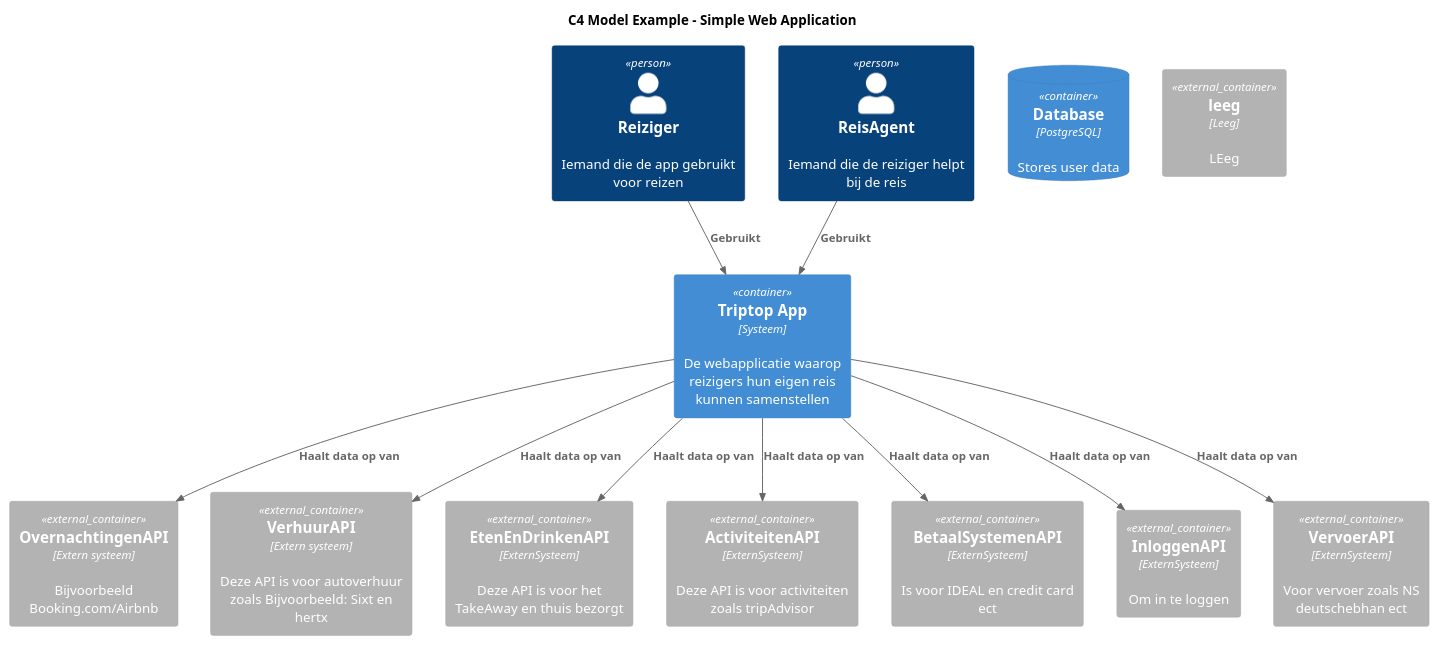
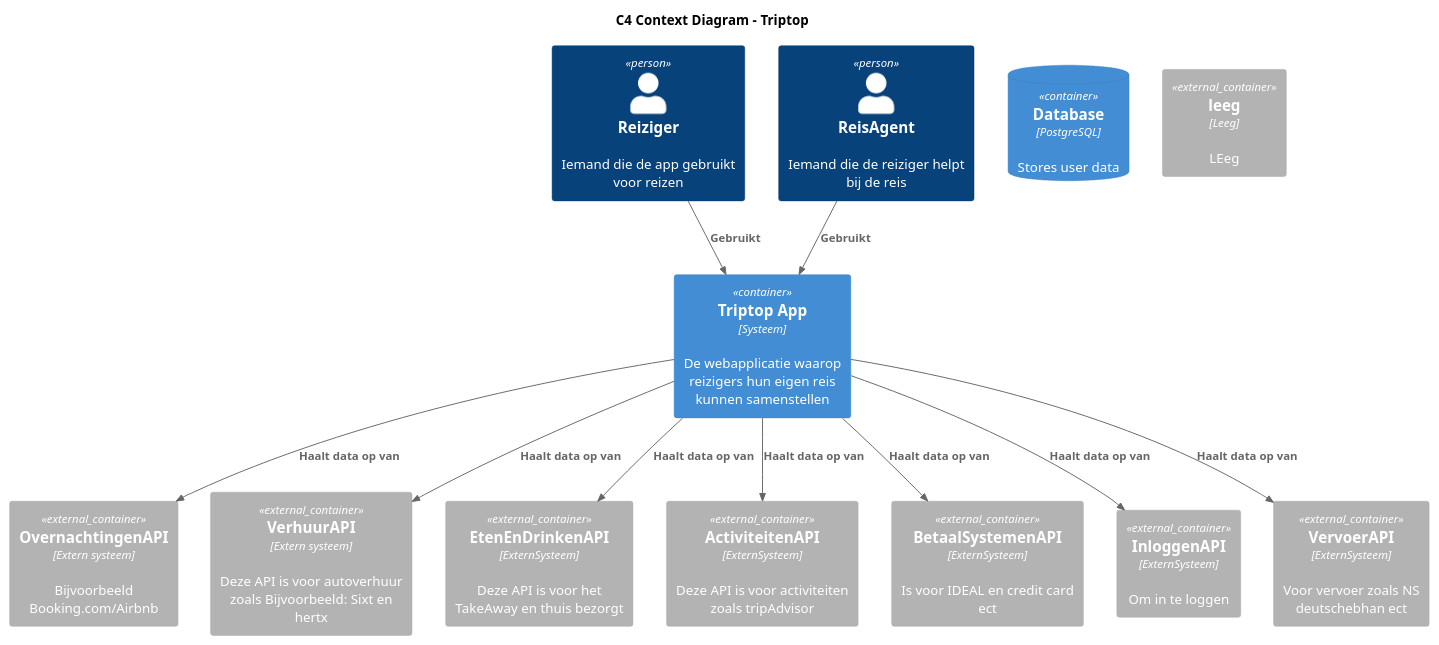
The diagram in diagrammen-met-de-boys/C4-Context-Diagram.puml (AIM-ENE-feb25/triptop-peak-performers-groep-1), drawn with PlantUML before and after one commit. The commit also changed 1 other file, not shown here.

Commit message:
Context diagram

```diff
--- a/diagrammen-met-de-boys/C4-Context-Diagram.puml
+++ b/diagrammen-met-de-boys/C4-Context-Diagram.puml
@@ -1,34 +1,34 @@
 @startuml
 !include <C4/C4_Container>
 
-title C4 Model Example - Simple Web Application
+title C4 Context Diagram - Triptop
 
 Person(Reiziger, "Reiziger", "Iemand die de app gebruikt voor reizen")
 Person(ReisAgent, "ReisAgent", "Iemand die de reiziger helpt bij de reis")
 
 
 Container(system, "Triptop App", "Systeem", "De webapplicatie waarop reizigers hun eigen reis kunnen samenstellen")
 ContainerDb(db, "Database", "PostgreSQL", "Stores user data")
 Container_Ext("OvernachtingenAPI", "OvernachtingenAPI", "Extern systeem","Bijvoorbeeld Booking.com/Airbnb")
 Container_Ext(VerhuurAPI, "VerhuurAPI", "Extern systeem","Deze API is voor autoverhuur zoals Bijvoorbeeld: Sixt en hertx")
 Container_Ext(EtenEnDrinkenAPI, "EtenEnDrinkenAPI", "ExternSysteem","Deze API is voor het TakeAway en thuis bezorgt")
 Container_Ext(ActiviteitenAPI, "ActiviteitenAPI", "ExternSysteem","Deze API is voor activiteiten zoals tripAdvisor")
 Container_Ext(BetaalSystemenAPI, "BetaalSystemenAPI", "ExternSysteem","Is voor IDEAL en credit card ect")
 Container_Ext(InloggenAPI, "InloggenAPI", "ExternSysteem","Om in te loggen")
 Container_Ext(VervoerAPI, "VervoerAPI", "ExternSysteem","Voor vervoer zoals NS deutschebhan ect")
 
 Container_Ext(Leeg, "leeg", "Leeg","LEeg")
 
 Rel(Reiziger,system, "Gebruikt")
 Rel("ReisAgent",system, "Gebruikt")
 Rel(system,OvernachtingenAPI,"Haalt data op van")
 Rel(system,"VerhuurAPI","Haalt data op van" )
 Rel(system,"EtenEnDrinkenAPI","Haalt data op van" )
 Rel(system,"ActiviteitenAPI","Haalt data op van" )
 Rel(system,"BetaalSystemenAPI","Haalt data op van" )
 Rel(system,"InloggenAPI","Haalt data op van" )
 Rel(system,"VervoerAPI","Haalt data op van" )
 
 
 
 @enduml
```
